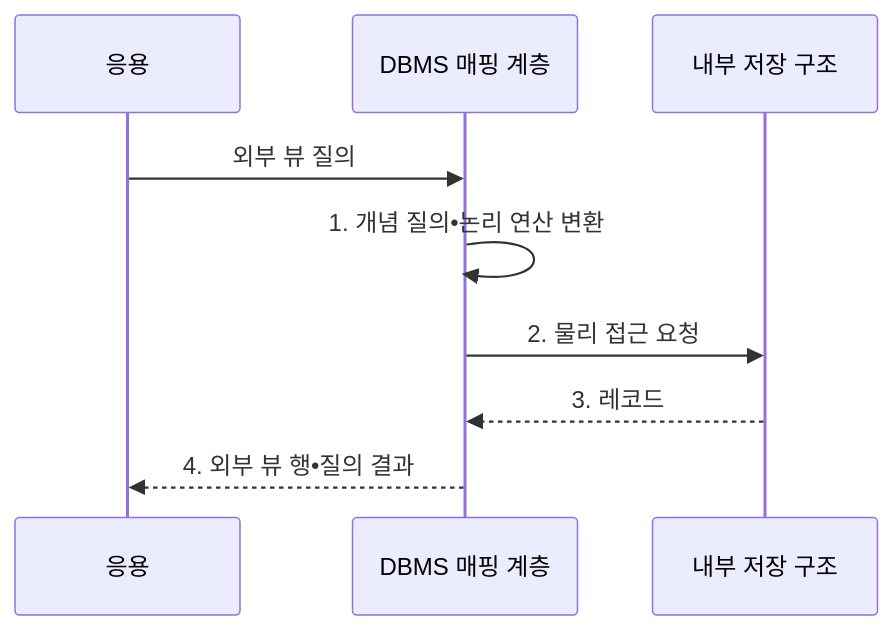
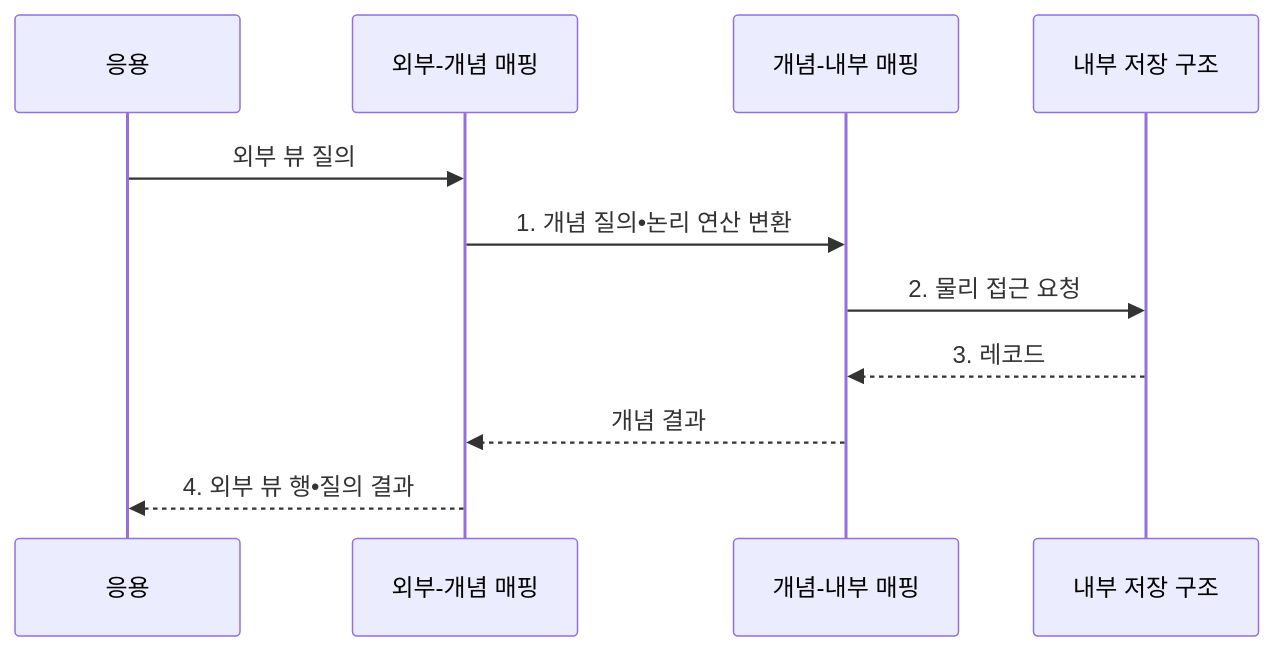
Before and after one commit to agnusdei1207/knowledge-base: the second of 2 diagrams in src/content/docs/notes/03-software/111_data_independence.md, drawn with Mermaid. The commit also changed other lines of this file and 13 other files, not shown here.

````diff
--- a/src/content/docs/notes/03-software/111_data_independence.md
+++ b/src/content/docs/notes/03-software/111_data_independence.md
@@ -106,11 +106,13 @@
 ```mermaid
 sequenceDiagram
     participant A as 응용
-    participant D as DBMS 매핑 계층
+    participant E as 외부-개념 매핑
+    participant D as 개념-내부 매핑
     participant S as 내부 저장 구조
-    A->>D: 외부 뷰 질의
-    D->>D: 1. 개념 질의•논리 연산 변환
+    A->>E: 외부 뷰 질의
+    E->>D: 1. 개념 질의•논리 연산 변환
     D->>S: 2. 물리 접근 요청
     S-->>D: 3. 레코드
-    D-->>A: 4. 외부 뷰 행•질의 결과
+    D-->>E: 개념 결과
+    E-->>A: 4. 외부 뷰 행•질의 결과
 ```
````
